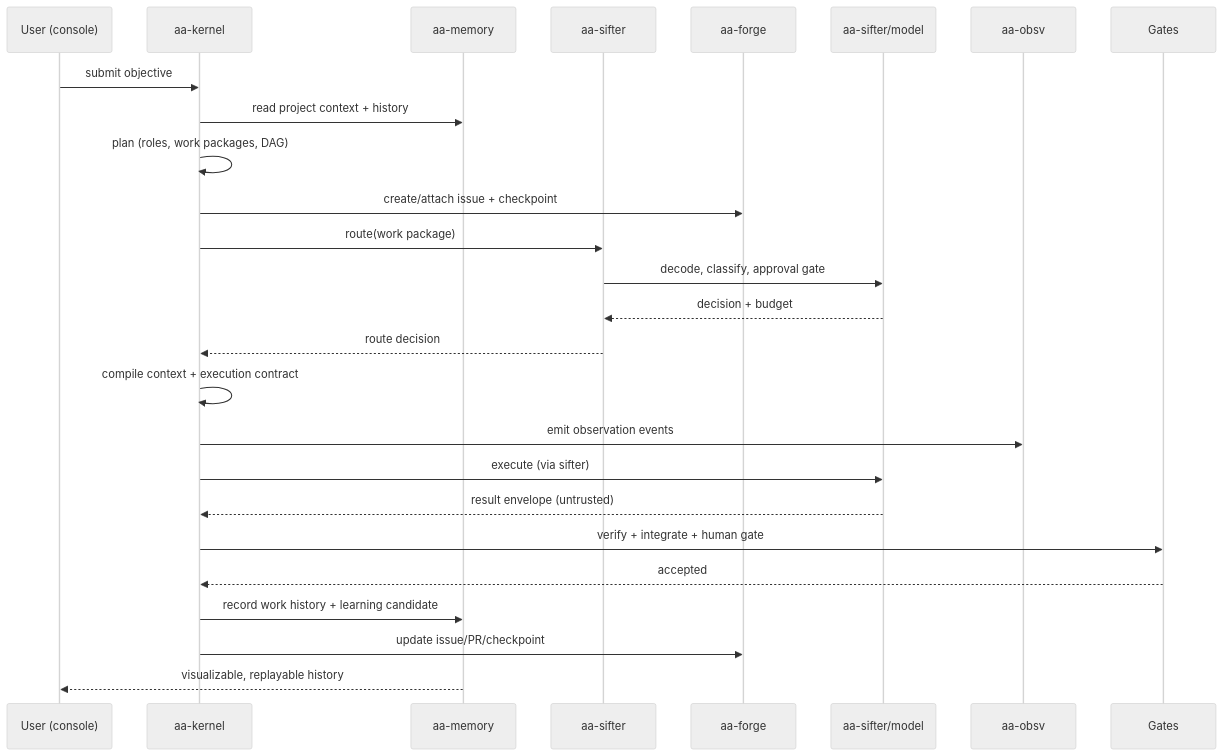
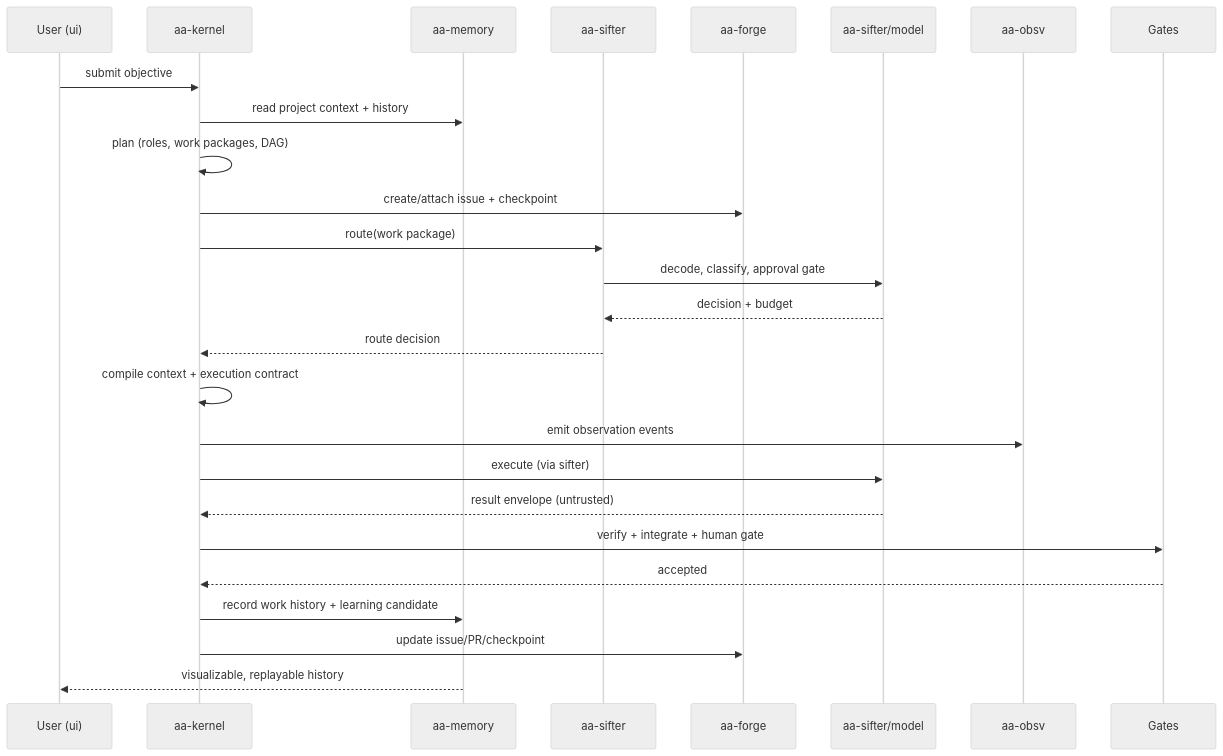
The fifth of 6 diagrams in docs/architecture/README.md (greadee/aa), drawn with Mermaid (neutral theme) before and after one commit. The commit also changed other lines of this file and 45 other files, not shown here.

````diff
--- a/docs/architecture/README.md
+++ b/docs/architecture/README.md
@@ -269,29 +269,29 @@
 ```mermaid
 sequenceDiagram
-    participant U as User (console)
+    participant U as User (ui)
     participant K as aa-kernel
     participant M as aa-memory
     participant S as aa-sifter
     participant F as aa-forge
     participant Sf as aa-sifter/model
     participant O as aa-obsv
     participant G as Gates
 
     U->>K: submit objective
     K->>M: read project context + history
     K->>K: plan (roles, work packages, DAG)
     K->>F: create/attach issue + checkpoint
     K->>S: route(work package)
     S->>Sf: decode, classify, approval gate
     Sf-->>S: decision + budget
     S-->>K: route decision
     K->>K: compile context + execution contract
     K->>O: emit observation events
     K->>Sf: execute (via sifter)
     Sf-->>K: result envelope (untrusted)
     K->>G: verify + integrate + human gate
     G-->>K: accepted
     K->>M: record work history + learning candidate
     K->>F: update issue/PR/checkpoint
     M-->>U: visualizable, replayable history
 ```
````
